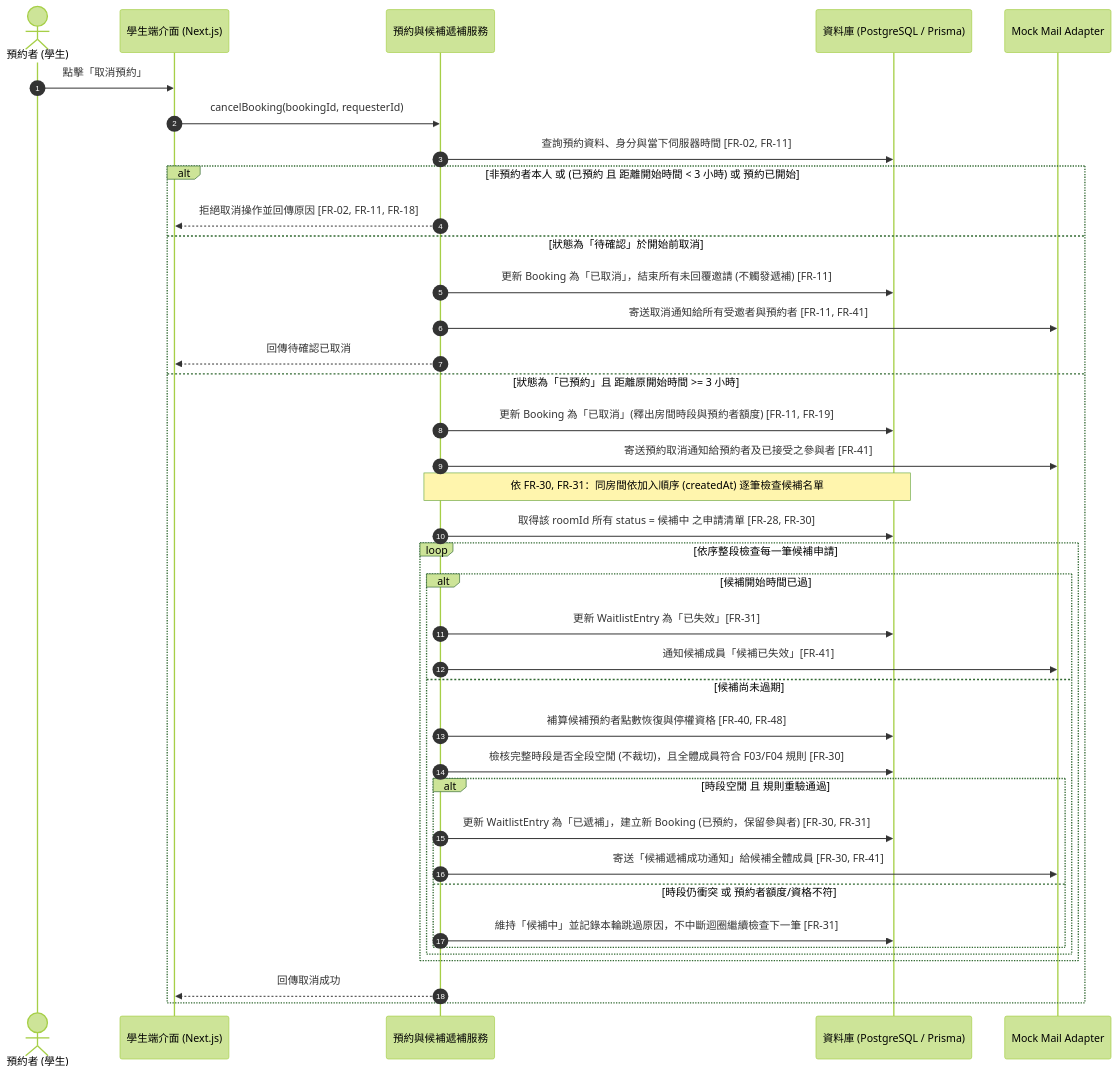
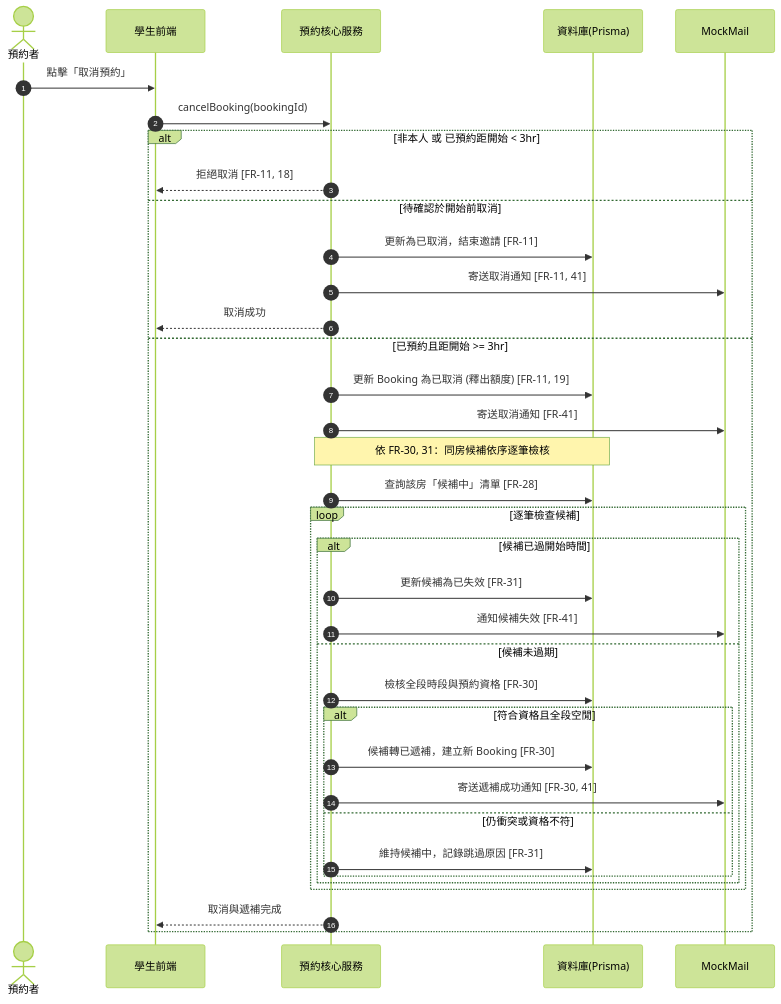
Before and after one commit to avisccc/study-room-booking: the second of 3 diagrams in waterfall/uml/sequence-diagram.md, drawn with Mermaid (forest theme). The commit also changed other lines of this file, not shown here.

````diff
--- a/waterfall/uml/sequence-diagram.md
+++ b/waterfall/uml/sequence-diagram.md
@@ -77,43 +63,41 @@
 ```mermaid
 sequenceDiagram
     autonumber
-    actor Req as 預約者 (學生)
-    participant UI as 學生端介面 (Next.js)
-    participant Svc as 預約與候補遞補服務
-    participant DB as 資料庫 (PostgreSQL / Prisma)
-    participant Mail as Mock Mail Adapter
+    actor 預約者
+    participant 前端 as 學生前端
+    participant 服務端 as 預約核心服務
+    participant DB as 資料庫(Prisma)
+    participant Mail as MockMail
 
-    Req->>UI: 點擊「取消預約」
-    UI->>Svc: cancelBooking(bookingId, requesterId)
-    Svc->>DB: 查詢預約資料、身分與當下伺服器時間 [FR-02, FR-11]
+    預約者->>前端: 點擊「取消預約」
+    前端->>服務端: cancelBooking(bookingId)
 
-    alt 非預約者本人 或 (已預約 且 距離開始時間 < 3 小時) 或 預約已開始
-        Svc-->>UI: 拒絕取消操作並回傳原因 [FR-02, FR-11, FR-18]
-    else 狀態為「待確認」於開始前取消
-        Svc->>DB: 更新 Booking 為「已取消」，結束所有未回覆邀請 (不觸發遞補) [FR-11]
-        Svc->>Mail: 寄送取消通知給所有受邀者與預約者 [FR-11, FR-41]
-        Svc-->>UI: 回傳待確認已取消
-    else 狀態為「已預約」且 距離原開始時間 >= 3 小時
-        Svc->>DB: 更新 Booking 為「已取消」(釋出房間時段與預約者額度) [FR-11, FR-19]
-        Svc->>Mail: 寄送預約取消通知給預約者及已接受之參與者 [FR-41]
+    alt 非本人 或 已預約距開始 < 3hr
+        服務端-->>前端: 拒絕取消 [FR-11, 18]
+    else 待確認於開始前取消
+        服務端->>DB: 更新為已取消，結束邀請 [FR-11]
+        服務端->>Mail: 寄送取消通知 [FR-11, 41]
+        服務端-->>前端: 取消成功
+    else 已預約且距開始 >= 3hr
+        服務端->>DB: 更新 Booking 為已取消 (釋出額度) [FR-11, 19]
+        服務端->>Mail: 寄送取消通知 [FR-41]
         
-        Note over Svc,DB: 依 FR-30, FR-31：同房間依加入順序 (createdAt) 逐筆檢查候補名單
-        Svc->>DB: 取得該 roomId 所有 status = 候補中 之申請清單 [FR-28, FR-30]
-        loop 依序整段檢查每一筆候補申請
-            alt 候補開始時間已過
-                Svc->>DB: 更新 WaitlistEntry 為「已失效」[FR-31]
-                Svc->>Mail: 通知候補成員「候補已失效」[FR-41]
-            else 候補尚未過期
-                Svc->>DB: 補算候補預約者點數恢復與停權資格 [FR-40, FR-48]
-                Svc->>DB: 檢核完整時段是否全段空閒 (不裁切)，且全體成員符合 F03/F04 規則 [FR-30]
-                alt 時段空閒 且 規則重驗通過
-                    Svc->>DB: 更新 WaitlistEntry 為「已遞補」，建立新 Booking (已預約，保留參與者) [FR-30, FR-31]
-                    Svc->>Mail: 寄送「候補遞補成功通知」給候補全體成員 [FR-30, FR-41]
-                else 時段仍衝突 或 預約者額度/資格不符
-                    Svc->>DB: 維持「候補中」並記錄本輪跳過原因，不中斷迴圈繼續檢查下一筆 [FR-31]
+        Note over 服務端,DB: 依 FR-30, 31：同房候補依序逐筆檢核
+        服務端->>DB: 查詢該房「候補中」清單 [FR-28]
+        loop 逐筆檢查候補
+            alt 候補已過開始時間
+                服務端->>DB: 更新候補為已失效 [FR-31]
+                服務端->>Mail: 通知候補失效 [FR-41]
+            else 候補未過期
+                服務端->>DB: 檢核全段時段與預約資格 [FR-30]
+                alt 符合資格且全段空閒
+                    服務端->>DB: 候補轉已遞補，建立新 Booking [FR-30]
+                    服務端->>Mail: 寄送遞補成功通知 [FR-30, 41]
+                else 仍衝突或資格不符
+                    服務端->>DB: 維持候補中，記錄跳過原因 [FR-31]
                 end
             end
         end
-        Svc-->>UI: 回傳取消成功
+        服務端-->>前端: 取消與遞補完成
     end
 ```
````
